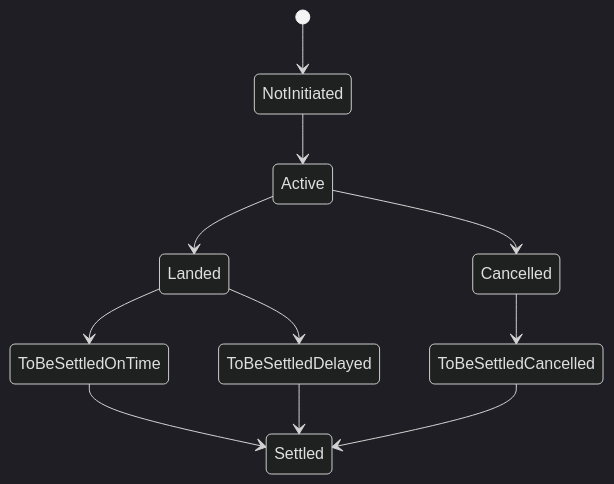
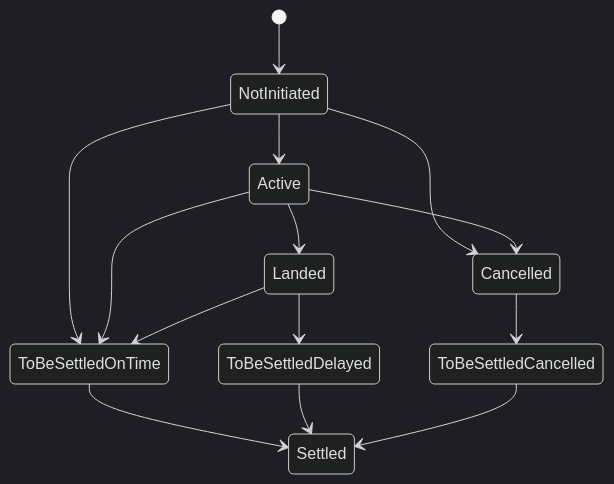
Before and after one commit to SentinelFi/sentinel_soroban_v3: the diagram in docs/docs/contracts/oracle-aggregator.md, drawn with Mermaid (dark theme). The commit also changed other lines of this file and 41 other files, not shown here.

````diff
--- a/docs/docs/contracts/oracle-aggregator.md
+++ b/docs/docs/contracts/oracle-aggregator.md
@@ -10,13 +10,16 @@
 ```mermaid
 stateDiagram-v2
     [*] --> NotInitiated
     NotInitiated --> Active
+    NotInitiated --> Cancelled
+    NotInitiated --> ToBeSettledOnTime
     Active --> Landed
     Active --> Cancelled
+    Active --> ToBeSettledOnTime
     Landed --> ToBeSettledOnTime
     Landed --> ToBeSettledDelayed
     Cancelled --> ToBeSettledCancelled
     ToBeSettledOnTime --> Settled
     ToBeSettledDelayed --> Settled
     ToBeSettledCancelled --> Settled
 ```
````
